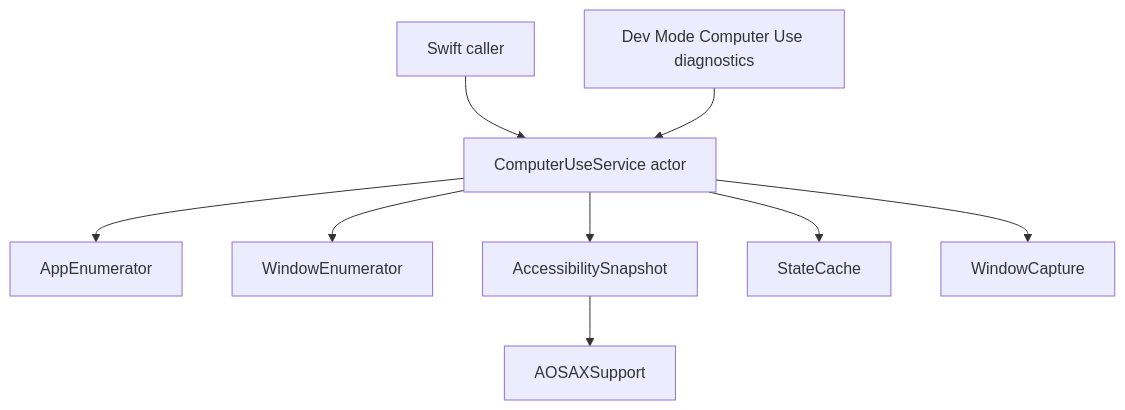
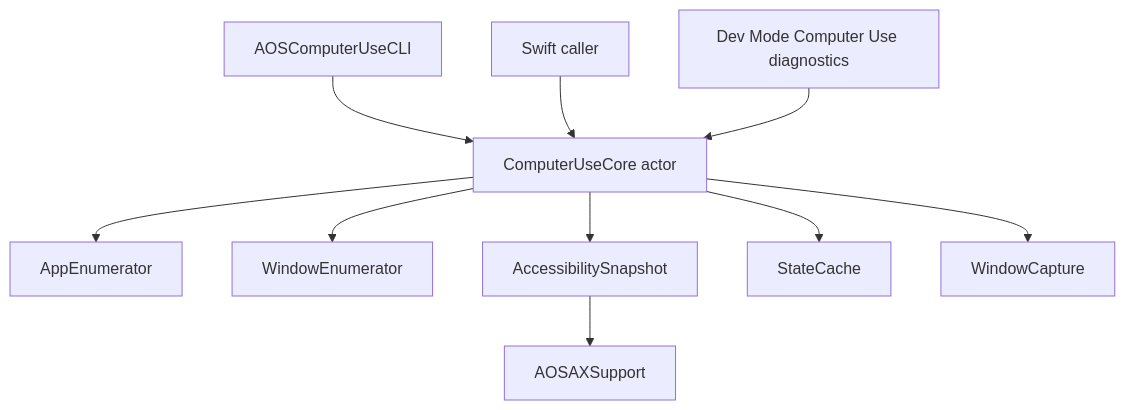
The diagram in docs/designs/computer-use.md (Puggo1145/AOS), drawn with Mermaid before and after one commit. The commit also changed other lines of this file and 16 other files, not shown here.

Commit message:
feat: 🎸 computer use cli

````diff
--- a/docs/designs/computer-use.md
+++ b/docs/designs/computer-use.md
@@ -57,11 +83,12 @@
 ```mermaid
 flowchart TD
-  Caller["Swift caller"] --> Service["ComputerUseService actor"]
+  CLI["AOSComputerUseCLI"] --> Service
+  Caller["Swift caller"] --> Service["ComputerUseCore actor"]
   DevMode["Dev Mode Computer Use diagnostics"] --> Service
   Service --> Apps["AppEnumerator"]
   Service --> Windows["WindowEnumerator"]
   Service --> Snapshot["AccessibilitySnapshot"]
   Service --> Cache["StateCache"]
   Service --> Capture["WindowCapture"]
   Snapshot --> AXSupport["AOSAXSupport"]
 ```
````
